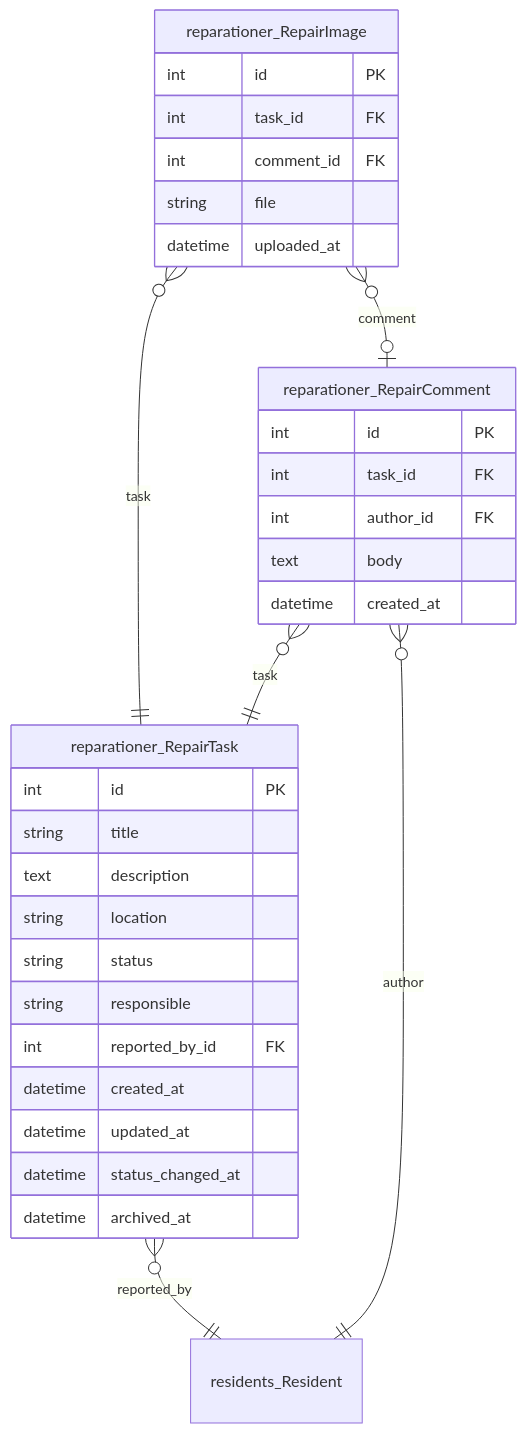
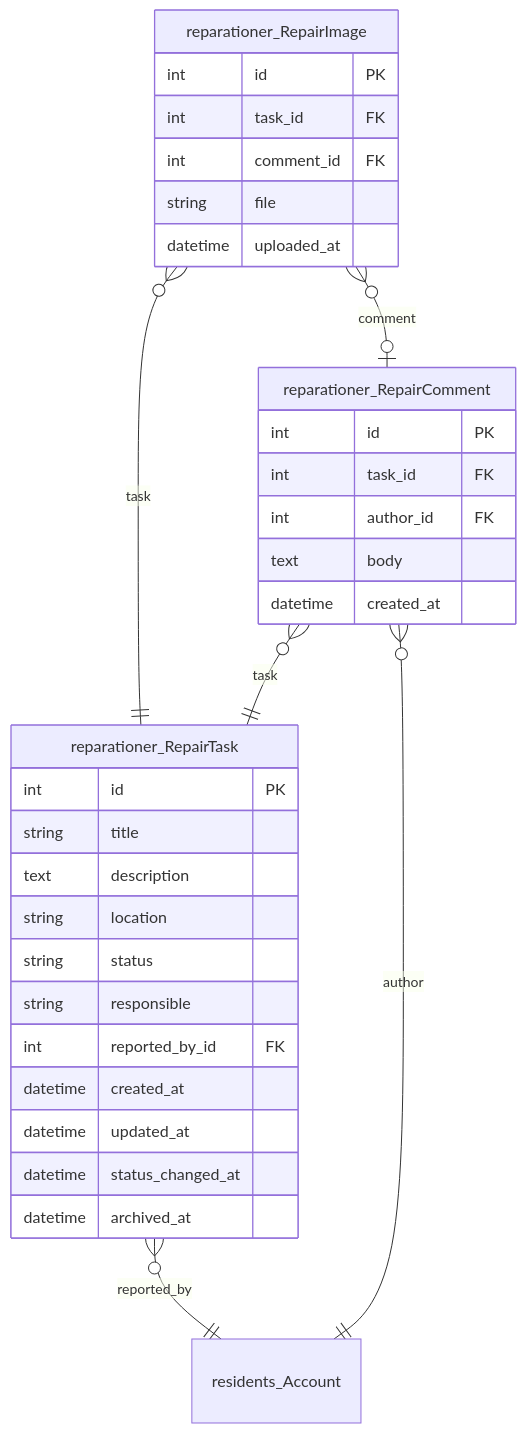
Before and after one commit to GAHK-org/gahk_intern: diagram 15 of 18 in docs/erd.md, drawn with Mermaid. The commit also changed other lines of this file and 148 other files, not shown here.

````diff
--- a/docs/erd.md
+++ b/docs/erd.md
@@ -2202,40 +2216,40 @@
 ```mermaid
 erDiagram
     reparationer_RepairTask {
         int id PK
         string title
         text description
         string location
         string status
         string responsible
         int reported_by_id FK
         datetime created_at
         datetime updated_at
         datetime status_changed_at
         datetime archived_at
     }
 
     reparationer_RepairComment {
         int id PK
         int task_id FK
         int author_id FK
         text body
         datetime created_at
     }
 
     reparationer_RepairImage {
         int id PK
         int task_id FK
         int comment_id FK
         string file
         datetime uploaded_at
     }
 
-    residents_Resident { }
+    residents_Account { }
 
-    reparationer_RepairTask }o--|| residents_Resident : "reported_by"
+    reparationer_RepairTask }o--|| residents_Account : "reported_by"
     reparationer_RepairComment }o--|| reparationer_RepairTask : "task"
-    reparationer_RepairComment }o--|| residents_Resident : "author"
+    reparationer_RepairComment }o--|| residents_Account : "author"
     reparationer_RepairImage }o--|| reparationer_RepairTask : "task"
     reparationer_RepairImage }o--|o reparationer_RepairComment : "comment"
 ```
````
